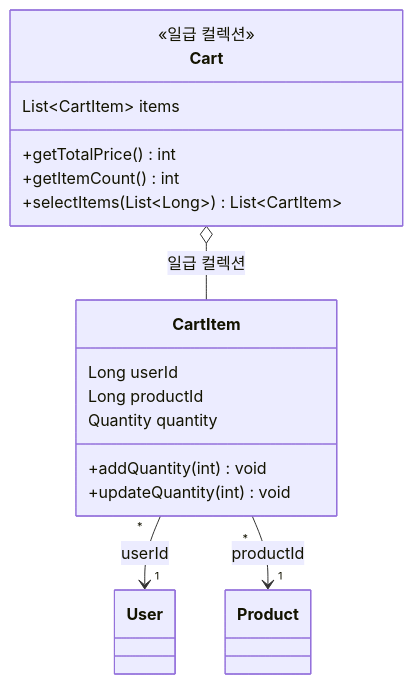
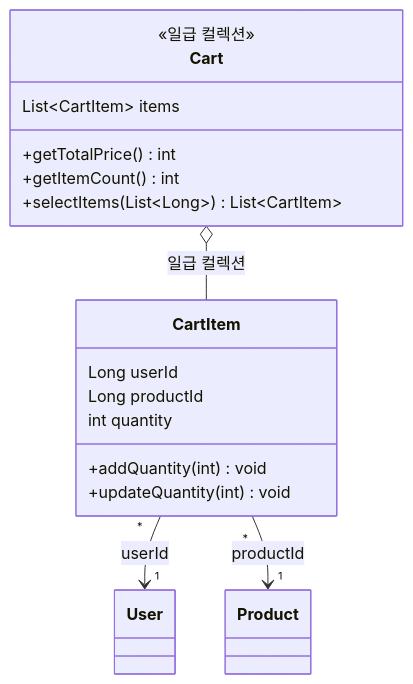
Before and after one commit to plan11plan/loop-pack-be-l2-vol3-java: the first of 2 diagrams in docs/design/cart/DESIGN.md, drawn with Mermaid. The commit also changed other lines of this file and 4 other files, not shown here.

````diff
--- a/docs/design/cart/DESIGN.md
+++ b/docs/design/cart/DESIGN.md
@@ -134,22 +134,22 @@
 ```mermaid
 classDiagram
     class CartItem {
         Long userId
         Long productId
-        Quantity quantity
+        int quantity
         +addQuantity(int) void
         +updateQuantity(int) void
     }
 
     class Cart {
         <<일급 컬렉션>>
         List~CartItem~ items
         +getTotalPrice() int
         +getItemCount() int
         +selectItems(List~Long~) List~CartItem~
     }
 
     CartItem "*" --> "1" User : userId
     CartItem "*" --> "1" Product : productId
     Cart o-- CartItem : 일급 컬렉션
 ```
````
